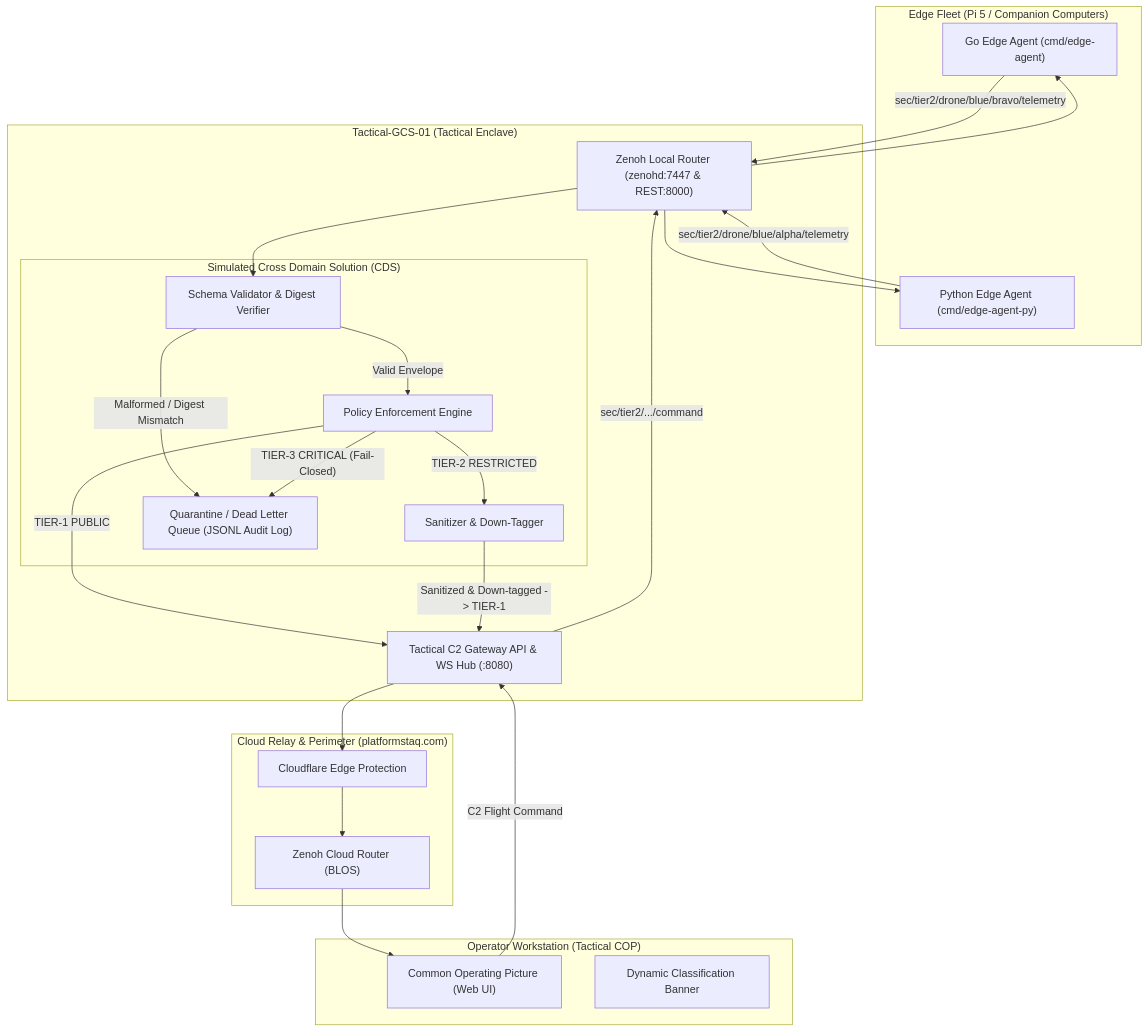
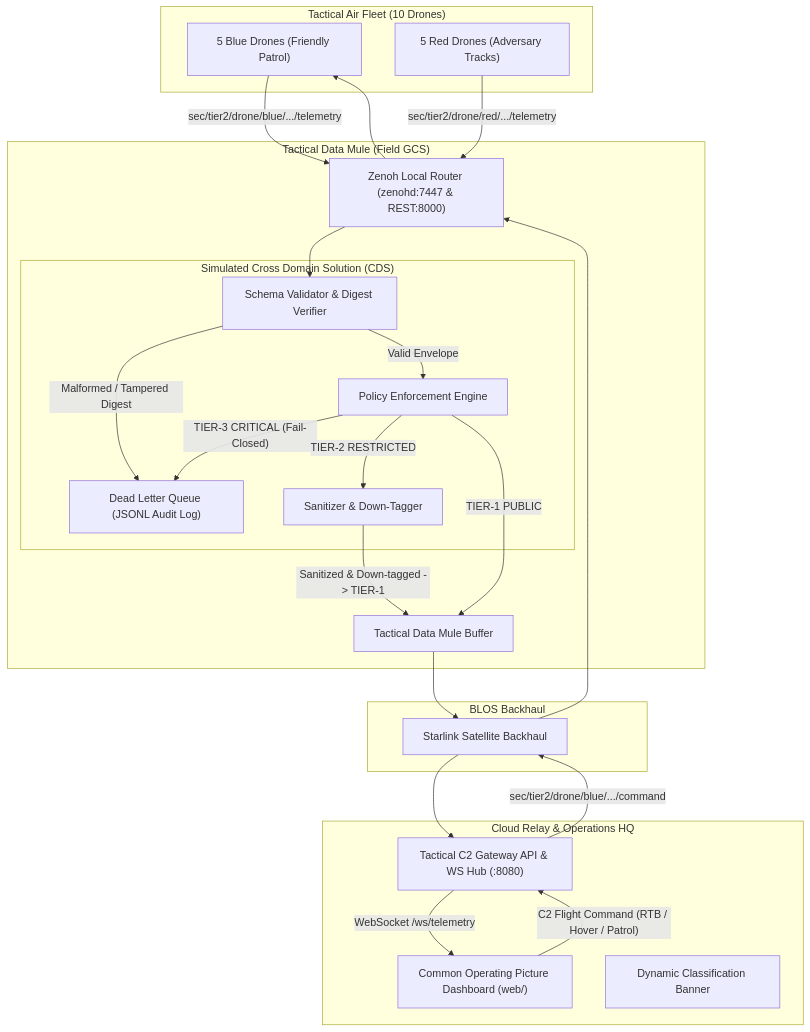
Before and after one commit to matteus8/blue-polar-bear: the diagram in README.md, drawn with Mermaid. The commit also changed other lines of this file and 10 other files, not shown here.

Commit message:
feat: consolidate to Go 10-drone swarm with Data Mule and Starlink architecture

````diff
--- a/README.md
+++ b/README.md
@@ -78,45 +81,45 @@
 ```mermaid
 flowchart TD
-    subgraph EdgeVehicle["Edge Fleet (Pi 5 / Companion Computers)"]
-        EP_GO["Go Edge Agent (cmd/edge-agent)"]
-        EP_PY["Python Edge Agent (cmd/edge-agent-py)"]
+    subgraph TacticalEdge["Tactical Air Fleet (10 Drones)"]
+        BLUE["5 Blue Drones (Friendly Patrol)"]
+        RED["5 Red Drones (Adversary Tracks)"]
     end
 
-    subgraph TacticalGCS["Tactical-GCS-01 (Tactical Enclave)"]
+    subgraph DataMule["Tactical Data Mule (Field GCS)"]
         ZR["Zenoh Local Router (zenohd:7447 & REST:8000)"]
         subgraph CDSGuard["Simulated Cross Domain Solution (CDS)"]
             SV["Schema Validator & Digest Verifier"]
             PE["Policy Enforcement Engine"]
             SR["Sanitizer & Down-Tagger"]
-            DLQ["Quarantine / Dead Letter Queue (JSONL Audit Log)"]
+            DLQ["Dead Letter Queue (JSONL Audit Log)"]
         end
-        GCS_API["Tactical C2 Gateway API & WS Hub (:8080)"]
+        BUFFER["Tactical Data Mule Buffer"]
     end
 
-    subgraph CloudEgress["Cloud Relay & Perimeter (platformstaq.com)"]
-        CF["Cloudflare Edge Protection"]
-        CR["Zenoh Cloud Router (BLOS)"]
+    subgraph SatcomLink["BLOS Backhaul"]
+        STARLINK["Starlink Satellite Backhaul"]
     end
 
-    subgraph OperationsHQ["Operator Workstation (Tactical COP)"]
-        COP["Common Operating Picture (Web UI)"]
+    subgraph CloudEnterprise["Cloud Relay & Operations HQ"]
+        C2_GW["Tactical C2 Gateway API & WS Hub (:8080)"]
+        COP["Common Operating Picture Dashboard (web/)"]
         BANNER["Dynamic Classification Banner"]
     end
 
-    EP_GO -->|"sec/tier2/drone/blue/bravo/telemetry"| ZR
-    EP_PY -->|"sec/tier2/drone/blue/alpha/telemetry"| ZR
+    BLUE -->|"sec/tier2/drone/blue/.../telemetry"| ZR
+    RED -->|"sec/tier2/drone/red/.../telemetry"| ZR
     ZR --> SV
-    SV -->|"Malformed / Digest Mismatch"| DLQ
+    SV -->|"Malformed / Tampered Digest"| DLQ
     SV -->|"Valid Envelope"| PE
     PE -->|"TIER-3 CRITICAL (Fail-Closed)"| DLQ
     PE -->|"TIER-2 RESTRICTED"| SR
-    PE -->|"TIER-1 PUBLIC"| GCS_API
-    SR -->|"Sanitized & Down-tagged -> TIER-1"| GCS_API
-    GCS_API --> CF
-    CF --> CR
-    CR --> COP
-    COP -->|"C2 Flight Command"| GCS_API
-    GCS_API -->|"sec/tier2/.../command"| ZR
-    ZR --> EP_GO
-    ZR --> EP_PY
+    PE -->|"TIER-1 PUBLIC"| BUFFER
+    SR -->|"Sanitized & Down-tagged -> TIER-1"| BUFFER
+    BUFFER --> STARLINK
+    STARLINK --> C2_GW
+    C2_GW -->|"WebSocket /ws/telemetry"| COP
+    COP -->|"C2 Flight Command (RTB / Hover / Patrol)"| C2_GW
+    C2_GW -->|"sec/tier2/drone/blue/.../command"| STARLINK
+    STARLINK --> ZR
+    ZR --> BLUE
 ```
````
